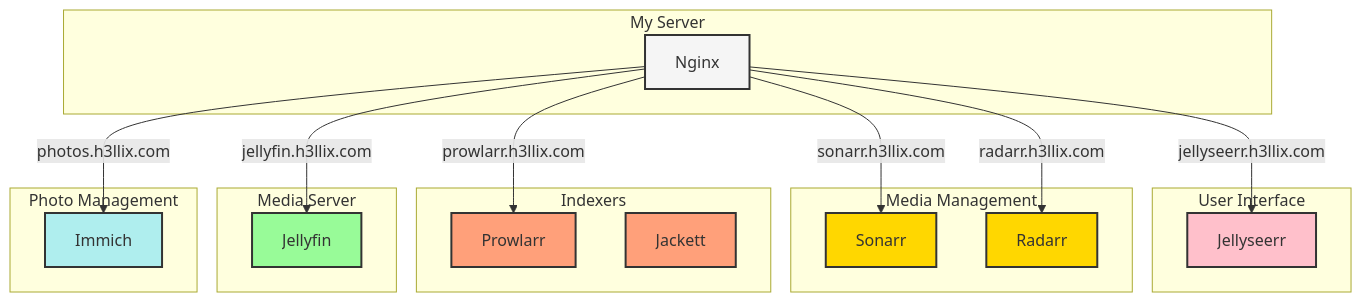
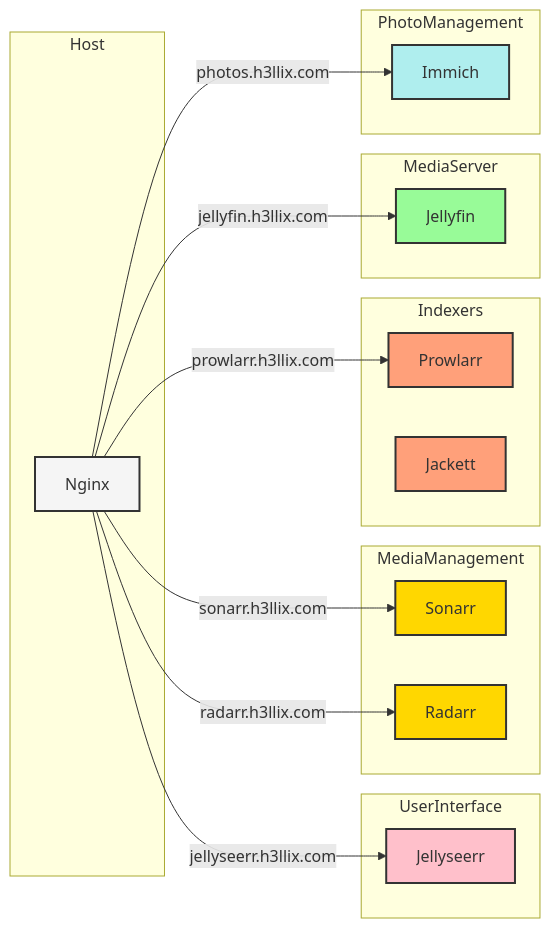
One commit to h3llix/blog changed the diagram in content/Self Hosted Media Server that I use day to day..md. Above: the diagram before and after it, drawn with Mermaid.

Commit message:
Quartz sync: Mar 8, 2025, 4:28 PM

````diff
--- a/content/Self Hosted Media Server that I use day to day..md
+++ b/content/Self Hosted Media Server that I use day to day..md
@@ -6,52 +4,64 @@
 ```mermaid
-flowchart TD
-    subgraph Host["My Server"]
-        Nginx["Nginx"]
+flowchart LR
+    %% Define nodes first
+    Nginx["Nginx"]
+    Jellyseerr["Jellyseerr"]
+    Sonarr["Sonarr"]
+    Radarr["Radarr"]
+    Prowlarr["Prowlarr"]
+    Jackett["Jackett"]
+    Jellyfin["Jellyfin"]
+    Immich["Immich"]
+
+    %% Define subgraphs
+    subgraph Host
+        Nginx
     end
 
-    subgraph UserInterface["User Interface"]
-        Jellyseerr["Jellyseerr"]
+    subgraph UserInterface
+        Jellyseerr
     end
 
-    subgraph MediaManagement["Media Management"]
-        Sonarr["Sonarr"]
-        Radarr["Radarr"]
+    subgraph MediaManagement
+        Sonarr
+        Radarr
     end
 
-    subgraph Indexers["Indexers"]
-        Prowlarr["Prowlarr"]
-        Jackett["Jackett"]
+    subgraph Indexers
+        Prowlarr
+        Jackett
     end
 
-    subgraph MediaServer["Media Server"]
-        Jellyfin["Jellyfin"]
+    subgraph MediaServer
+        Jellyfin
     end
 
-    subgraph PhotoManagement["Photo Management"]
-        Immich["Immich"]
+    subgraph PhotoManagement
+        Immich
     end
 
     %% Domain connections
-    Nginx --> |"jellyseerr.h3llix.com"| Jellyseerr
-    Nginx --> |"sonarr.h3llix.com"| Sonarr
-    Nginx --> |"radarr.h3llix.com"| Radarr
-    Nginx --> |"prowlarr.h3llix.com"| Prowlarr
-    Nginx --> |"jellyfin.h3llix.com"| Jellyfin
-    Nginx --> |"photos.h3llix.com"| Immich
+    Nginx -->|"jellyseerr.h3llix.com"| Jellyseerr
+    Nginx -->|"sonarr.h3llix.com"| Sonarr
+    Nginx -->|"radarr.h3llix.com"| Radarr
+    Nginx -->|"prowlarr.h3llix.com"| Prowlarr
+    Nginx -->|"jellyfin.h3llix.com"| Jellyfin
+    Nginx -->|"photos.h3llix.com"| Immich
 
     %% Style definitions
     classDef proxy fill:#f5f5f5,stroke:#333,stroke-width:2px
     classDef ui fill:#ffc0cb,stroke:#333,stroke-width:2px
     classDef manager fill:#ffd700,stroke:#333,stroke-width:2px
     classDef indexer fill:#ffa07a,stroke:#333,stroke-width:2px
     classDef mediaServer fill:#98fb98,stroke:#333,stroke-width:2px
     classDef photo fill:#afeeee,stroke:#333,stroke-width:2px
 
     %% Apply styles
     class Nginx proxy
     class Jellyseerr ui
     class Sonarr,Radarr manager
     class Prowlarr,Jackett indexer
     class Jellyfin mediaServer
     class Immich photo
+
 ```
````
